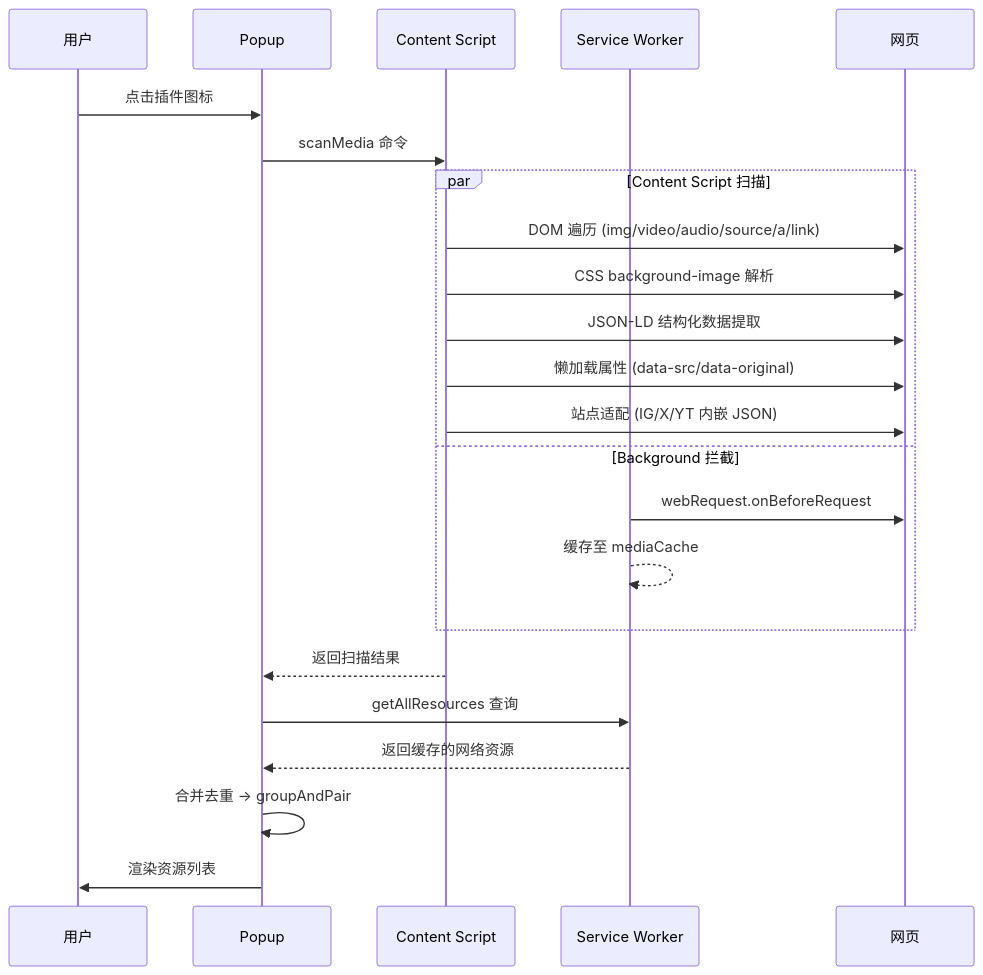
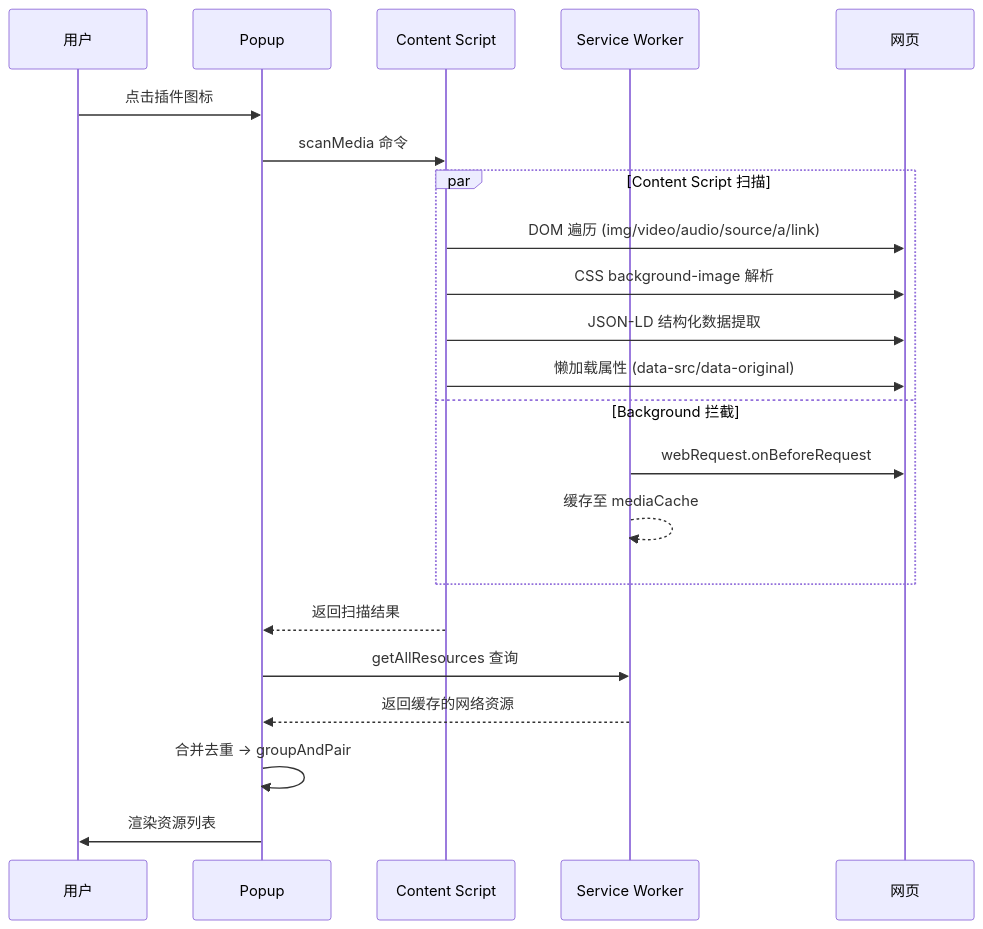
One commit to castorhrio/plugin changed the second of 3 diagrams in README.md. Above: the diagram before and after it, drawn with Mermaid. The commit also changed other lines of this file, not shown here.

````diff
--- a/README.md
+++ b/README.md
@@ -57,28 +57,27 @@
 ```mermaid
 sequenceDiagram
     participant User as 用户
     participant Popup as Popup
     participant CS as Content Script
     participant SW as Service Worker
     participant Page as 网页
 
     User->>Popup: 点击插件图标
     Popup->>CS: scanMedia 命令
 
     par Content Script 扫描
         CS->>Page: DOM 遍历 (img/video/audio/source/a/link)
         CS->>Page: CSS background-image 解析
         CS->>Page: JSON-LD 结构化数据提取
         CS->>Page: 懒加载属性 (data-src/data-original)
-        CS->>Page: 站点适配 (IG/X/YT 内嵌 JSON)
     and Background 拦截
         SW->>Page: webRequest.onBeforeRequest
         SW-->>SW: 缓存至 mediaCache
     end
 
     CS-->>Popup: 返回扫描结果
     Popup->>SW: getAllResources 查询
     SW-->>Popup: 返回缓存的网络资源
     Popup->>Popup: 合并去重 → groupAndPair
     Popup->>User: 渲染资源列表
 ```
````
